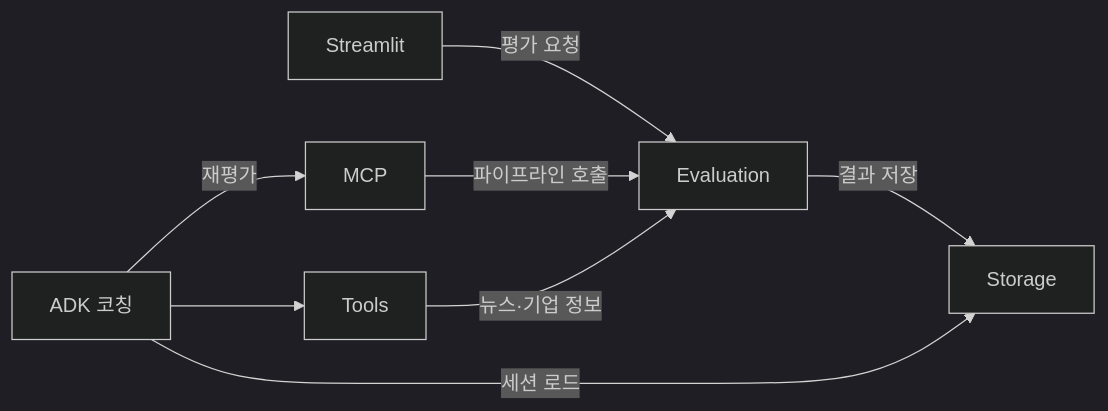
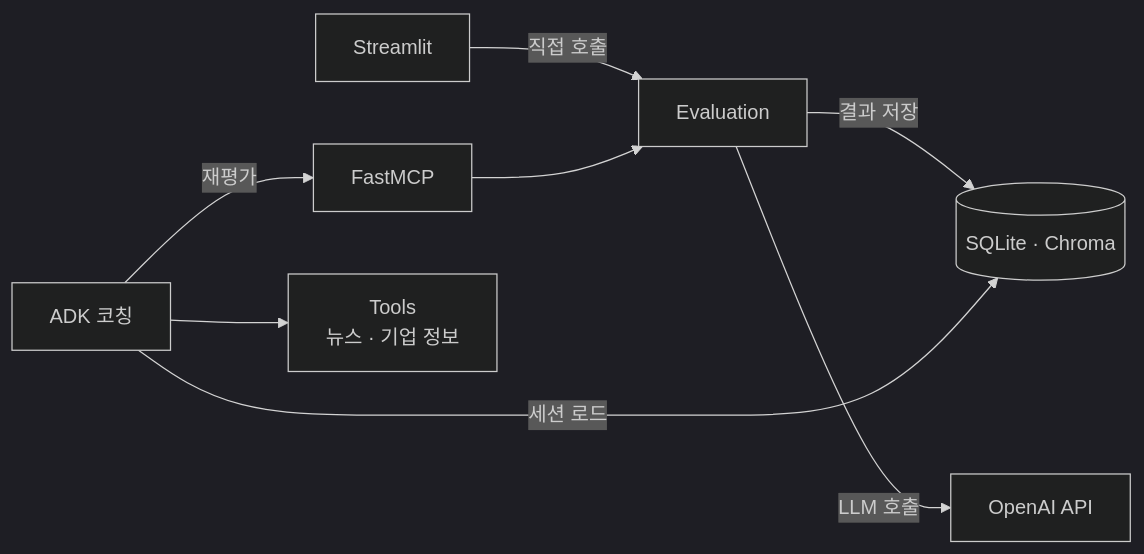
Before and after one commit to cwj0666/hirelens: the diagram in README.md, drawn with Mermaid (dark theme).

Commit message:
docs: 프로젝트 구조 텍스트 트리 + 모듈 관계도 추가

````diff
--- a/README.md
+++ b/README.md
@@ -108,10 +108,10 @@
 ```mermaid
 graph LR
-    Streamlit -->|평가 요청| Evaluation
-    Evaluation -->|결과 저장| Storage
+    Streamlit -->|직접 호출| Evaluation
+    Evaluation -->|LLM 호출| OpenAI[OpenAI API]
+    Evaluation -->|결과 저장| Storage[(SQLite · Chroma)]
     ADK[ADK 코칭] -->|세션 로드| Storage
-    ADK -->|재평가| MCP
-    MCP -->|파이프라인 호출| Evaluation
-    ADK --> Tools
-    Tools -->|뉴스·기업 정보| Evaluation
+    ADK -->|재평가| MCP[FastMCP]
+    MCP --> Evaluation
+    ADK --> Tools[Tools\n뉴스 · 기업 정보]
 ```
````
